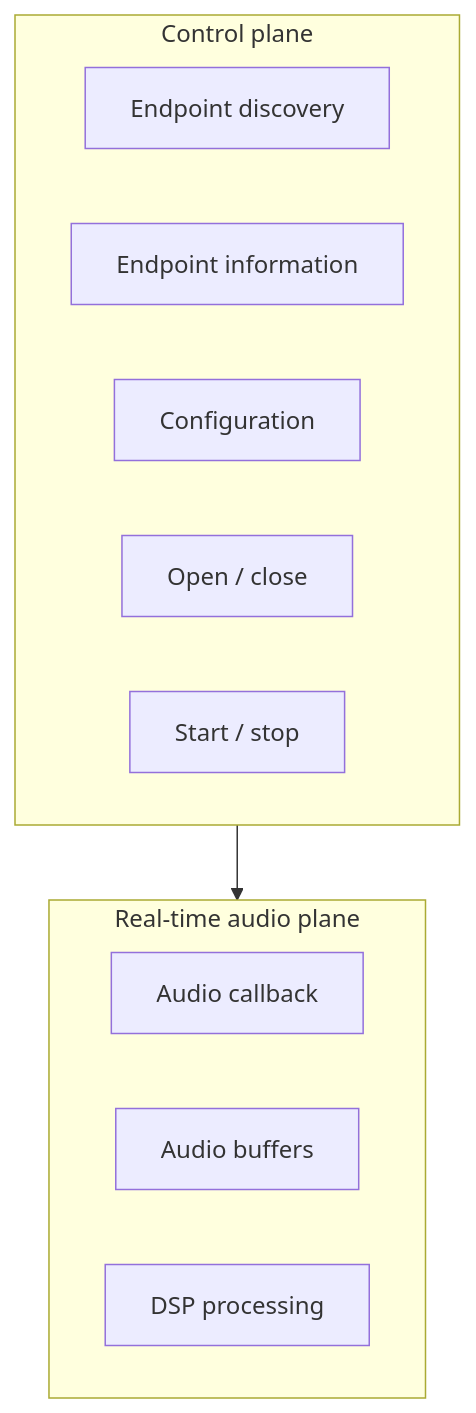
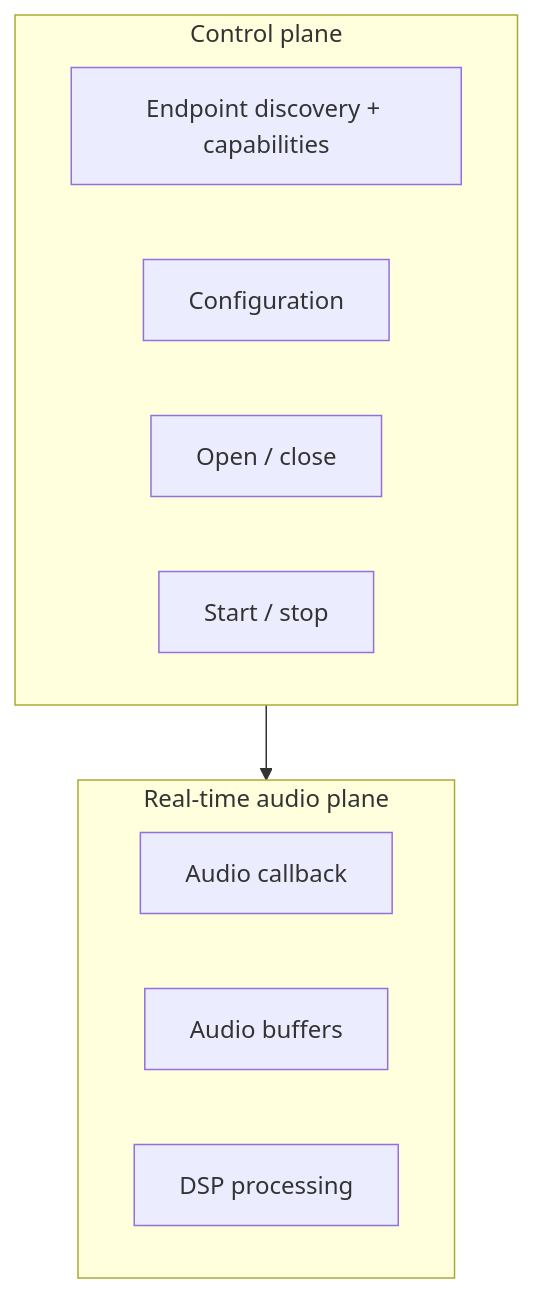
Diagram 21 of 22 in README.md (Mika-42/core-audio), drawn with Mermaid before and after one commit. The commit also changed other lines of this file and 10 other files, not shown here.

````diff
--- a/README.md
+++ b/README.md
@@ -853,18 +866,17 @@
 ```mermaid
 flowchart TB
     subgraph CONTROL["Control plane"]
-        ENUM["Endpoint discovery"]
-        INFO["Endpoint information"]
+        ENUM["Endpoint discovery + capabilities"]
         CONFIG["Configuration"]
         OPEN["Open / close"]
         START["Start / stop"]
     end
 
     subgraph AUDIO["Real-time audio plane"]
         CALLBACK["Audio callback"]
         BUFFER["Audio buffers"]
         DSP["DSP processing"]
     end
 
     CONTROL --> AUDIO
 ```
````
